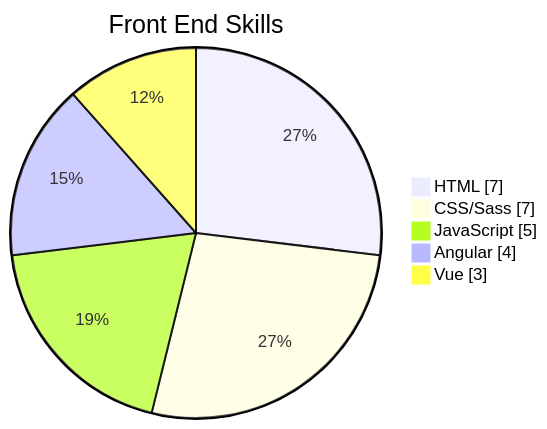
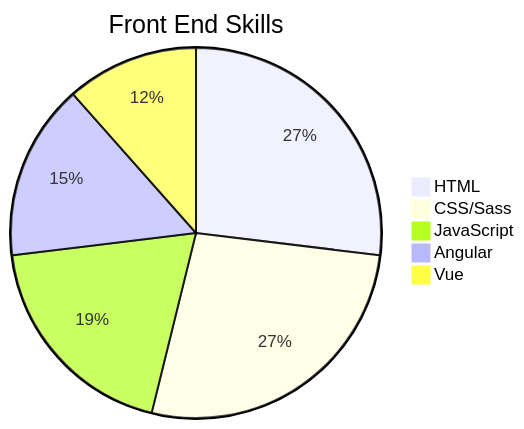
One commit to Yelose/Yelose changed the third of 3 diagrams in README.md. Above: the diagram before and after it, drawn with Mermaid.

````diff
--- a/README.md
+++ b/README.md
@@ -36,9 +36,9 @@
 ```mermaid
-pie showData
+pie 
     title Front End Skills
     "HTML" : 7
     "CSS/Sass" : 7
     "JavaScript" : 5
     "Angular" :  4
     "Vue" : 3
 ```
````
